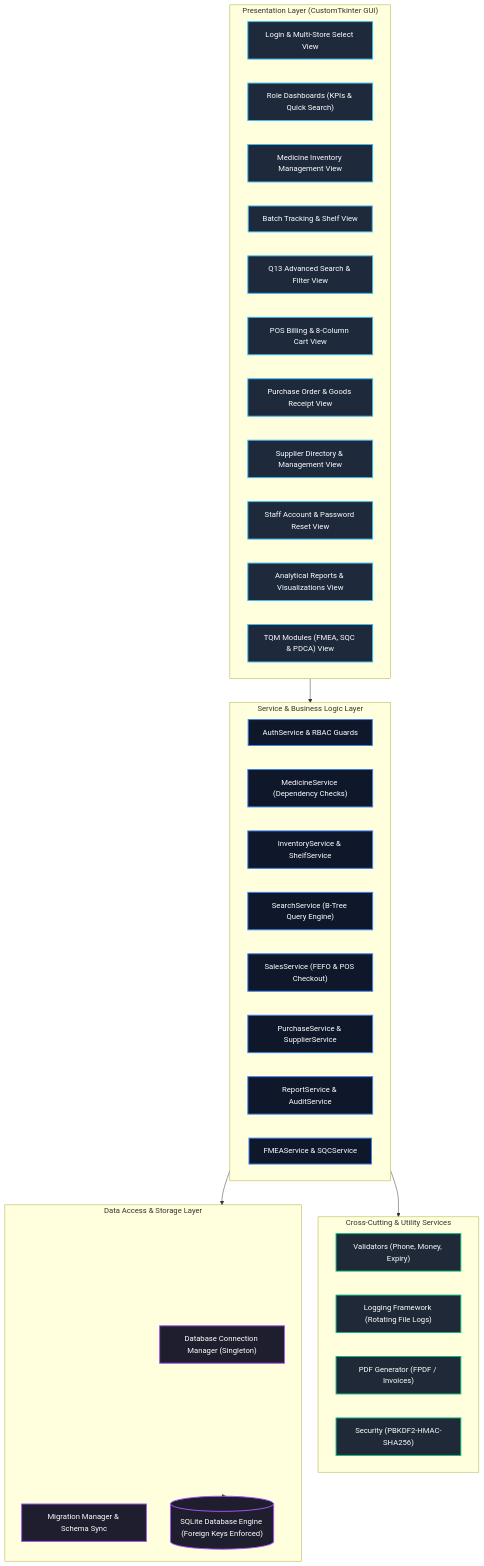
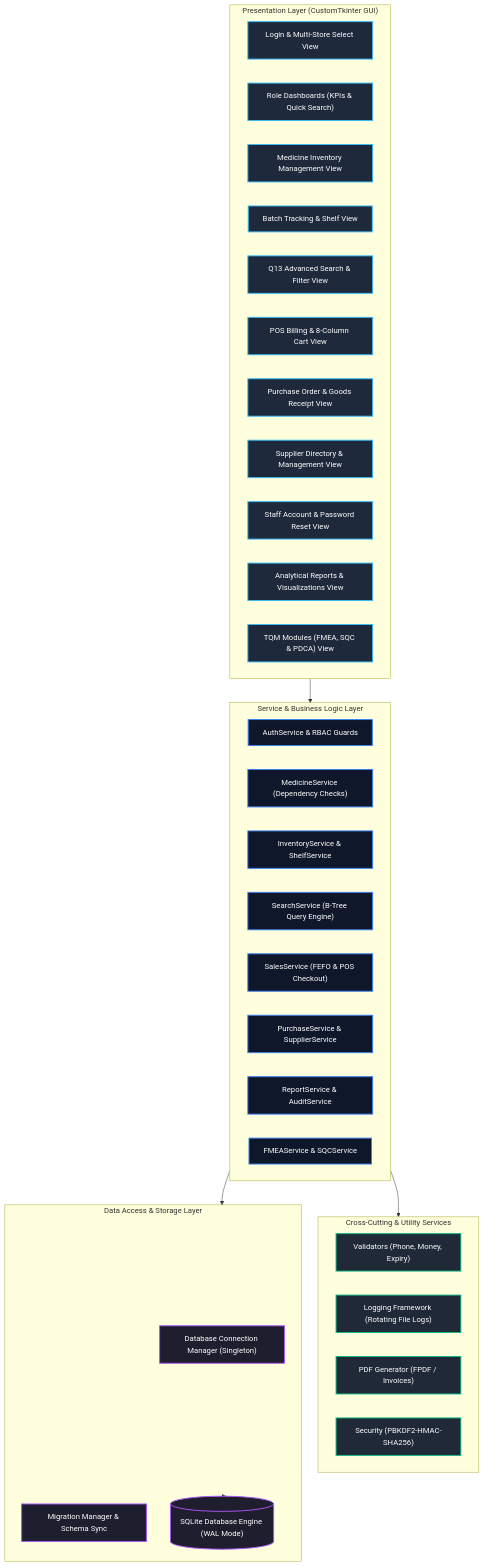
The second of 20 diagrams in docs/SRS_Pharmacy_Management_System.md (priyanshupokhariya5-crypto/Pharmacy-Management-System), drawn with Mermaid before and after one commit. The commit also changed other lines of this file and 4 other files, not shown here.

````diff
--- a/docs/SRS_Pharmacy_Management_System.md
+++ b/docs/SRS_Pharmacy_Management_System.md
@@ -453,50 +461,50 @@
 ```mermaid
 flowchart TD
     classDef presentation fill:#1e293b,stroke:#38bdf8,stroke-width:2px,color:#ffffff;
     classDef service fill:#0f172a,stroke:#3b82f6,stroke-width:2px,color:#ffffff;
     classDef data fill:#1e1e2e,stroke:#a855f7,stroke-width:2px,color:#ffffff;
     classDef cross fill:#1f2937,stroke:#10b981,stroke-width:2px,color:#ffffff;
 
     subgraph PresentationLayer["Presentation Layer (CustomTkinter GUI)"]
         UI_Login["Login & Multi-Store Select View"]:::presentation
         UI_Dash["Role Dashboards (KPIs & Quick Search)"]:::presentation
         UI_Med["Medicine Inventory Management View"]:::presentation
         UI_Batch["Batch Tracking & Shelf View"]:::presentation
         UI_Search["Q13 Advanced Search & Filter View"]:::presentation
         UI_POS["POS Billing & 8-Column Cart View"]:::presentation
         UI_Purch["Purchase Order & Goods Receipt View"]:::presentation
         UI_Supp["Supplier Directory & Management View"]:::presentation
         UI_Staff["Staff Account & Password Reset View"]:::presentation
         UI_Rep["Analytical Reports & Visualizations View"]:::presentation
         UI_TQM["TQM Modules (FMEA, SQC & PDCA) View"]:::presentation
     end
 
     subgraph ServiceLayer["Service & Business Logic Layer"]
         SVC_Auth["AuthService & RBAC Guards"]:::service
         SVC_Med["MedicineService (Dependency Checks)"]:::service
         SVC_Inv["InventoryService & ShelfService"]:::service
         SVC_Search["SearchService (B-Tree Query Engine)"]:::service
         SVC_Sales["SalesService (FEFO & POS Checkout)"]:::service
         SVC_Purch["PurchaseService & SupplierService"]:::service
         SVC_Rep["ReportService & AuditService"]:::service
         SVC_TQM["FMEAService & SQCService"]:::service
     end
 
     subgraph CrossCutting["Cross-Cutting & Utility Services"]
         VAL["Validators (Phone, Money, Expiry)"]:::cross
         LOG["Logging Framework (Rotating File Logs)"]:::cross
         PDF["PDF Generator (FPDF / Invoices)"]:::cross
         SEC["Security (PBKDF2-HMAC-SHA256)"]:::cross
     end
 
     subgraph DataLayer["Data Access & Storage Layer"]
         DB_Mgr["Database Connection Manager (Singleton)"]:::data
         MIG["Migration Manager & Schema Sync"]:::data
-        SQLITE[("SQLite Database Engine (Foreign Keys Enforced)")]:::data
+        SQLITE[("SQLite Database Engine (WAL Mode)")]:::data
     end
 
     PresentationLayer --> ServiceLayer
     ServiceLayer --> CrossCutting
     ServiceLayer --> DataLayer
     DataLayer --> SQLITE
 ```
````
